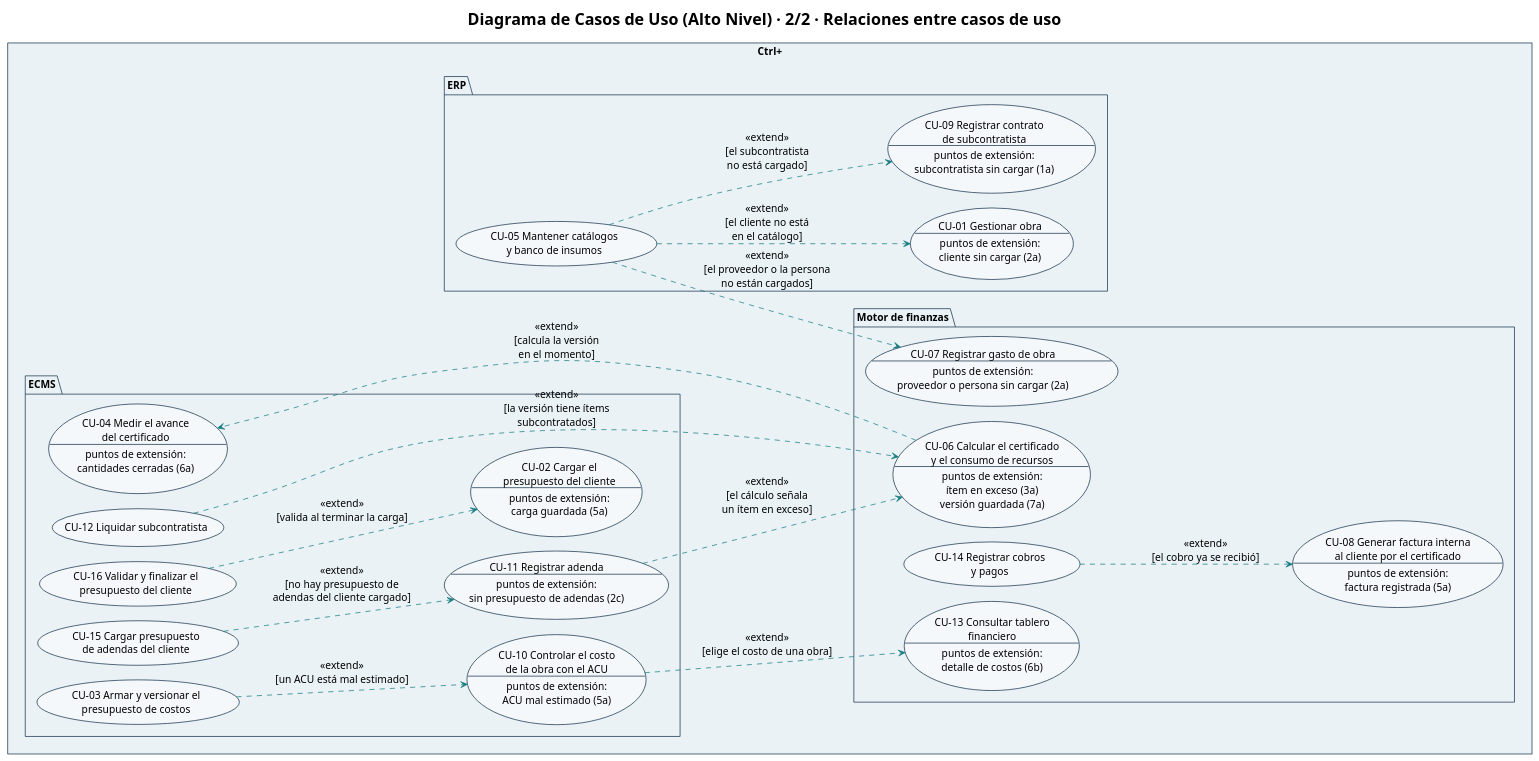
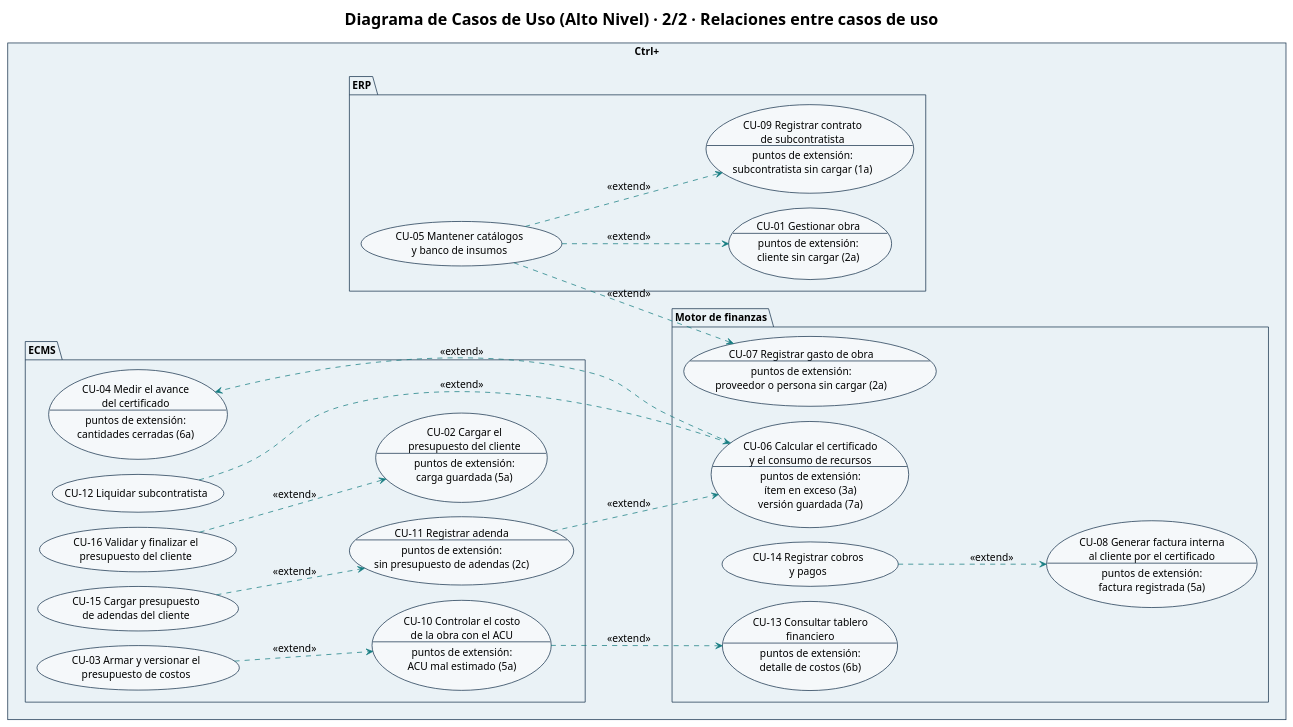
Before and after one commit to Ssrrb/tpf-uca: the diagram in diagramas/CU-00-casos-de-uso-alto-nivel-2-relaciones.puml, drawn with PlantUML.

Commit message:
Alto nivel 2/2: quita las condiciones de los «extend»
Claude-Session: https://claude.ai/code/session_01SsyG3wCMXzRw729TatmkYY

```diff
--- a/diagramas/CU-00-casos-de-uso-alto-nivel-2-relaciones.puml
+++ b/diagramas/CU-00-casos-de-uso-alto-nivel-2-relaciones.puml
@@ -1,66 +1,66 @@
 @startuml
 !theme plain
 skinparam style strictuml
 title Diagrama de Casos de Uso (Alto Nivel) · 2/2 · Relaciones entre casos de uso
 skinparam shadowing false
 skinparam defaultFontName Arial
 skinparam defaultFontSize 14
 skinparam ArrowColor #167C80
 skinparam actor {
   BackgroundColor #F5F8FA
   BorderColor #17324D
 }
 skinparam usecase {
   BackgroundColor #F5F8FA
   BorderColor #17324D
 }
 skinparam rectangle {
   BackgroundColor #FFFFFF
   BorderColor #17324D
 }
 skinparam package {
   BackgroundColor #EAF2F6
   BorderColor #17324D
 }
 left to right direction
 skinparam nodesep 20
 skinparam ranksep 90
 
 rectangle "Ctrl+" {
   package "ERP" {
     usecase "CU-05 Mantener catálogos\ny banco de insumos" as CU05
     usecase "CU-01 Gestionar obra\n--\npuntos de extensión:\ncliente sin cargar (2a)" as CU01
     usecase "CU-09 Registrar contrato\nde subcontratista\n--\npuntos de extensión:\nsubcontratista sin cargar (1a)" as CU09
   }
   package "ECMS" {
     usecase "CU-16 Validar y finalizar el\npresupuesto del cliente" as CU16
     usecase "CU-02 Cargar el\npresupuesto del cliente\n--\npuntos de extensión:\ncarga guardada (5a)" as CU02
     usecase "CU-03 Armar y versionar el\npresupuesto de costos" as CU03
     usecase "CU-10 Controlar el costo\nde la obra con el ACU\n--\npuntos de extensión:\nACU mal estimado (5a)" as CU10
     usecase "CU-15 Cargar presupuesto\nde adendas del cliente" as CU15
     usecase "CU-11 Registrar adenda\n--\npuntos de extensión:\nsin presupuesto de adendas (2c)" as CU11
     usecase "CU-04 Medir el avance\ndel certificado\n--\npuntos de extensión:\ncantidades cerradas (6a)" as CU04
     usecase "CU-12 Liquidar subcontratista" as CU12
   }
   package "Motor de finanzas" {
     usecase "CU-07 Registrar gasto de obra\n--\npuntos de extensión:\nproveedor o persona sin cargar (2a)" as CU07
     usecase "CU-06 Calcular el certificado\ny el consumo de recursos\n--\npuntos de extensión:\nítem en exceso (3a)\nversión guardada (7a)" as CU06
     usecase "CU-08 Generar factura interna\nal cliente por el certificado\n--\npuntos de extensión:\nfactura registrada (5a)" as CU08
     usecase "CU-14 Registrar cobros\ny pagos" as CU14
     usecase "CU-13 Consultar tablero\nfinanciero\n--\npuntos de extensión:\ndetalle de costos (6b)" as CU13
   }
 }
 
 ' UML 2: el «extend» va del caso que agrega comportamiento al caso base
-CU05 ..> CU01 : <<extend>>\n[el cliente no está\nen el catálogo]
-CU05 ..> CU09 : <<extend>>\n[el subcontratista\nno está cargado]
-CU05 ..> CU07 : <<extend>>\n[el proveedor o la persona\nno están cargados]
-CU16 ..> CU02 : <<extend>>\n[valida al terminar la carga]
-CU03 ..> CU10 : <<extend>>\n[un ACU está mal estimado]
-CU15 ..> CU11 : <<extend>>\n[no hay presupuesto de\nadendas del cliente cargado]
-CU06 ..> CU04 : <<extend>>\n[calcula la versión\nen el momento]
-CU11 ..> CU06 : <<extend>>\n[el cálculo señala\nun ítem en exceso]
-CU12 ..> CU06 : <<extend>>\n[la versión tiene ítems\nsubcontratados]
-CU14 ..> CU08 : <<extend>>\n[el cobro ya se recibió]
-CU10 ..> CU13 : <<extend>>\n[elige el costo de una obra]
+CU05 ..> CU01 : <<extend>>
+CU05 ..> CU09 : <<extend>>
+CU05 ..> CU07 : <<extend>>
+CU16 ..> CU02 : <<extend>>
+CU03 ..> CU10 : <<extend>>
+CU15 ..> CU11 : <<extend>>
+CU06 ..> CU04 : <<extend>>
+CU11 ..> CU06 : <<extend>>
+CU12 ..> CU06 : <<extend>>
+CU14 ..> CU08 : <<extend>>
+CU10 ..> CU13 : <<extend>>
 @enduml
```
